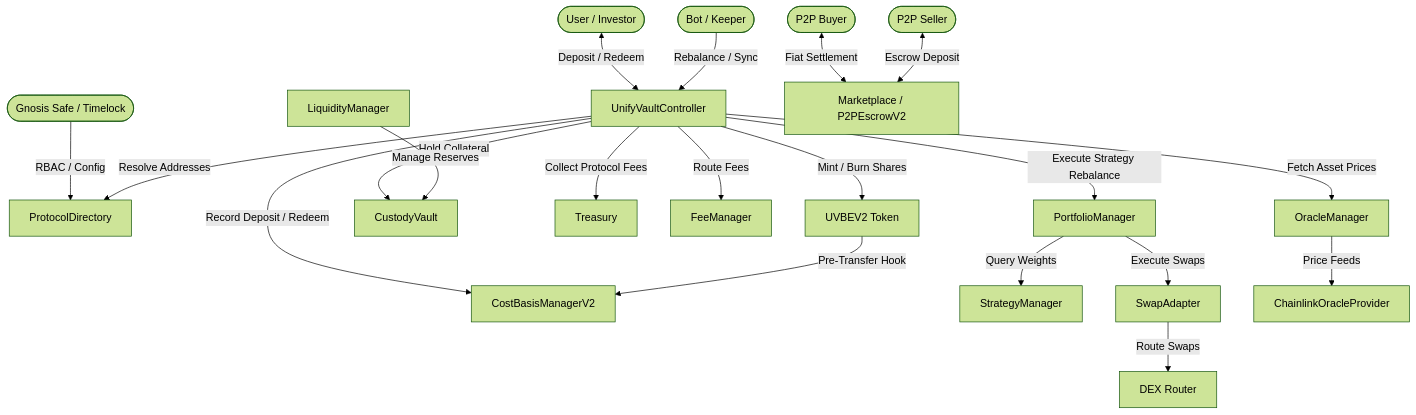
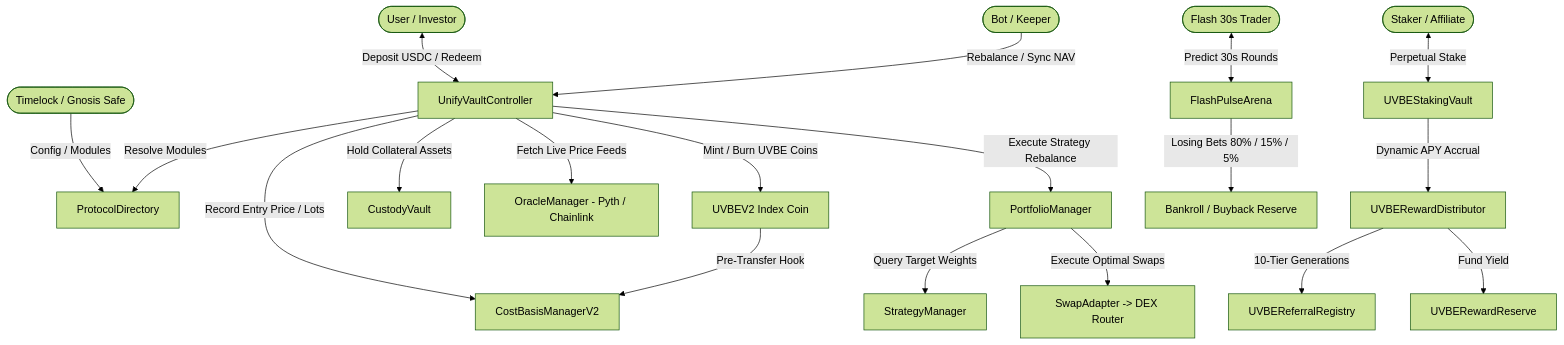
Before and after one commit to DigiClums/UnifyVault-UV: the diagram in README.md, drawn with Mermaid (forest theme). The commit also changed other lines of this file, not shown here.

Commit message:
docs(readme): comprehensive update with multi-domain architecture, UVBE Index Coin, Flash 30s multipliers, and Dynamic APY staking

````diff
--- a/README.md
+++ b/README.md
@@ -67,25 +78,25 @@
 ```mermaid
 flowchart TD
-    User([User / Investor]) <-->|Deposit / Redeem| Controller[UnifyVaultController]
-    Keeper([Bot / Keeper]) -->|Rebalance / Sync| Controller
-    Governance([Gnosis Safe / Timelock]) -->|RBAC / Config| Directory[ProtocolDirectory]
+    User([User / Investor]) <-->|Deposit USDC / Redeem| Controller[UnifyVaultController]
+    Keeper([Bot / Keeper]) -->|Rebalance / Sync NAV| Controller
+    Governance([Timelock / Gnosis Safe]) -->|Config / Modules| Directory[ProtocolDirectory]
 
-    Controller -->|Resolve Addresses| Directory
-    Controller -->|Mint / Burn Shares| Token[UVBEV2 Token]
-    Controller -->|Hold Collateral| Vault[CustodyVault]
-    Controller -->|Collect Protocol Fees| Treasury[Treasury]
-    Controller -->|Route Fees| FeeManager[FeeManager]
-    Controller -->|Fetch Asset Prices| Oracle[OracleManager]
+    Controller -->|Resolve Modules| Directory
+    Controller -->|Mint / Burn UVBE Coins| Token[UVBEV2 Index Coin]
+    Controller -->|Hold Collateral Assets| Vault[CustodyVault]
+    Controller -->|Fetch Live Price Feeds| Oracle[OracleManager - Pyth / Chainlink]
     Controller -->|Execute Strategy Rebalance| Portfolio[PortfolioManager]
-    Controller -->|Record Deposit / Redeem| CBM[CostBasisManagerV2]
+    Controller -->|Record Entry Price / Lots| CBM[CostBasisManagerV2]
 
     Token -->|Pre-Transfer Hook| CBM
-    Portfolio -->|Query Weights| Strategy[StrategyManager]
-    Portfolio -->|Execute Swaps| Swap[SwapAdapter]
-    Swap -->|Route Swaps| Router[DEX Router]
-    Oracle -->|Price Feeds| Chainlink[ChainlinkOracleProvider]
-    Liquidity[LiquidityManager] -->|Manage Reserves| Vault
+    Portfolio -->|Query Target Weights| Strategy[StrategyManager]
+    Portfolio -->|Execute Optimal Swaps| Swap[SwapAdapter -> DEX Router]
 
-    P2PBuyer([P2P Buyer]) <-->|Fiat Settlement| Marketplace[Marketplace / P2PEscrowV2]
-    P2PSeller([P2P Seller]) <-->|Escrow Deposit| Marketplace
+    Staker([Staker / Affiliate]) <-->|Perpetual Stake| StakingVault[UVBEStakingVault]
+    StakingVault -->|Dynamic APY Accrual| Distributor[UVBERewardDistributor]
+    Distributor -->|10-Tier Generations| Registry[UVBEReferralRegistry]
+    Distributor -->|Fund Yield| Reserve[UVBERewardReserve]
+
+    Predictor([Flash 30s Trader]) <-->|Predict 30s Rounds| FlashPulse[FlashPulseArena]
+    FlashPulse -->|Losing Bets 80% / 15% / 5%| BankrollVault[Bankroll / Buyback Reserve]
 ```
````
